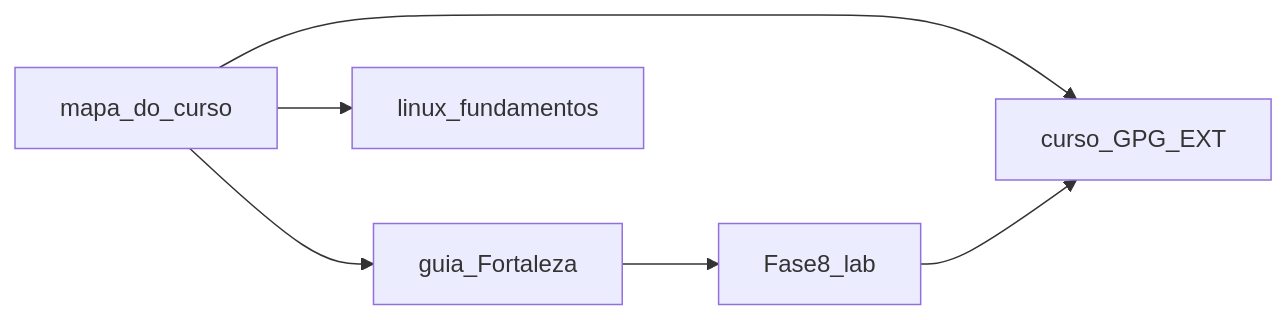
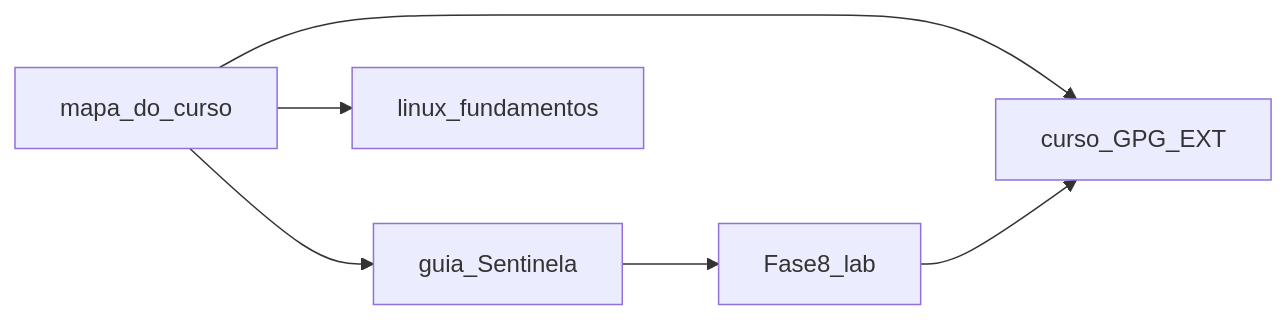
One commit to VIPs-com/Sentinela-Proxmox-VE-9 changed the diagram in docs/mapa-do-curso.md. Above: the diagram before and after it, drawn with Mermaid. The commit also changed other lines of this file and 26 other files, not shown here.

````diff
--- a/docs/mapa-do-curso.md
+++ b/docs/mapa-do-curso.md
@@ -45,12 +45,12 @@
 ```mermaid
 flowchart LR
   mapa[mapa_do_curso]
-  host[guia_Fortaleza]
+  host[guia_Sentinela]
   vm[linux_fundamentos]
   gpg_ext[curso_GPG_EXT]
   mapa --> host
   mapa --> vm
   mapa --> gpg_ext
   host --> f8[Fase8_lab]
   f8 --> gpg_ext
 ```
````
